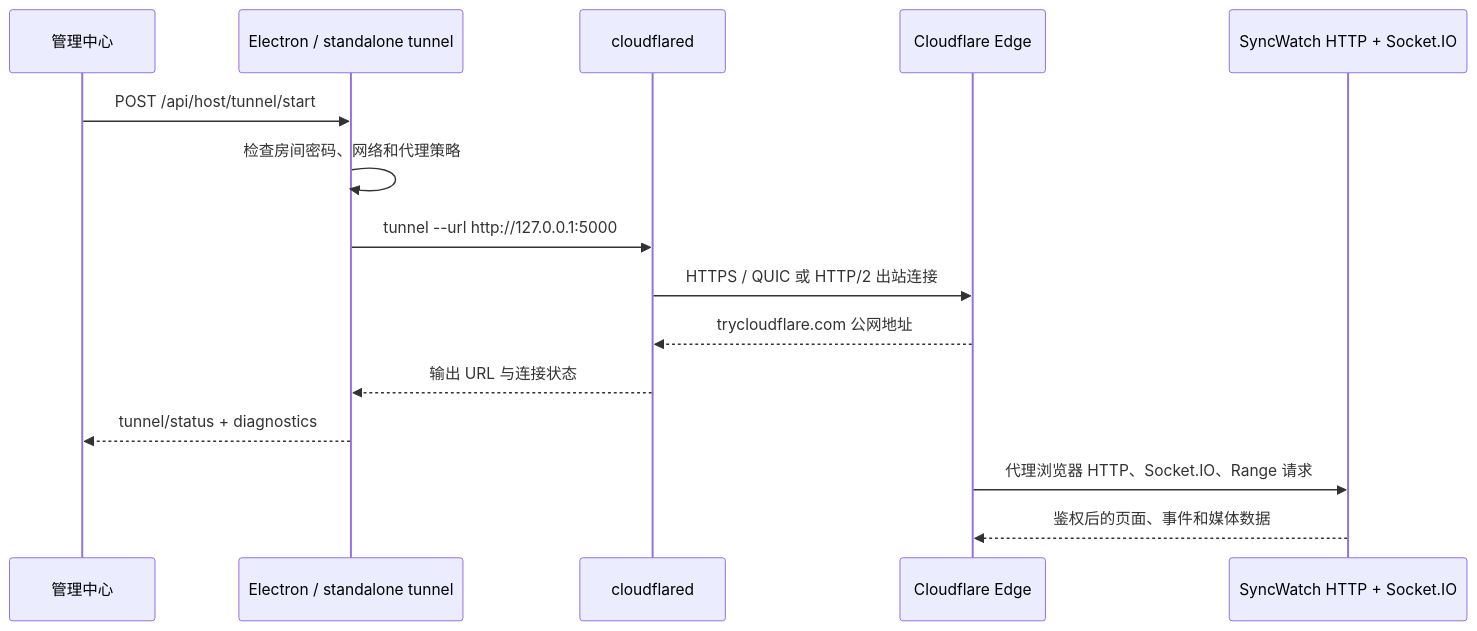
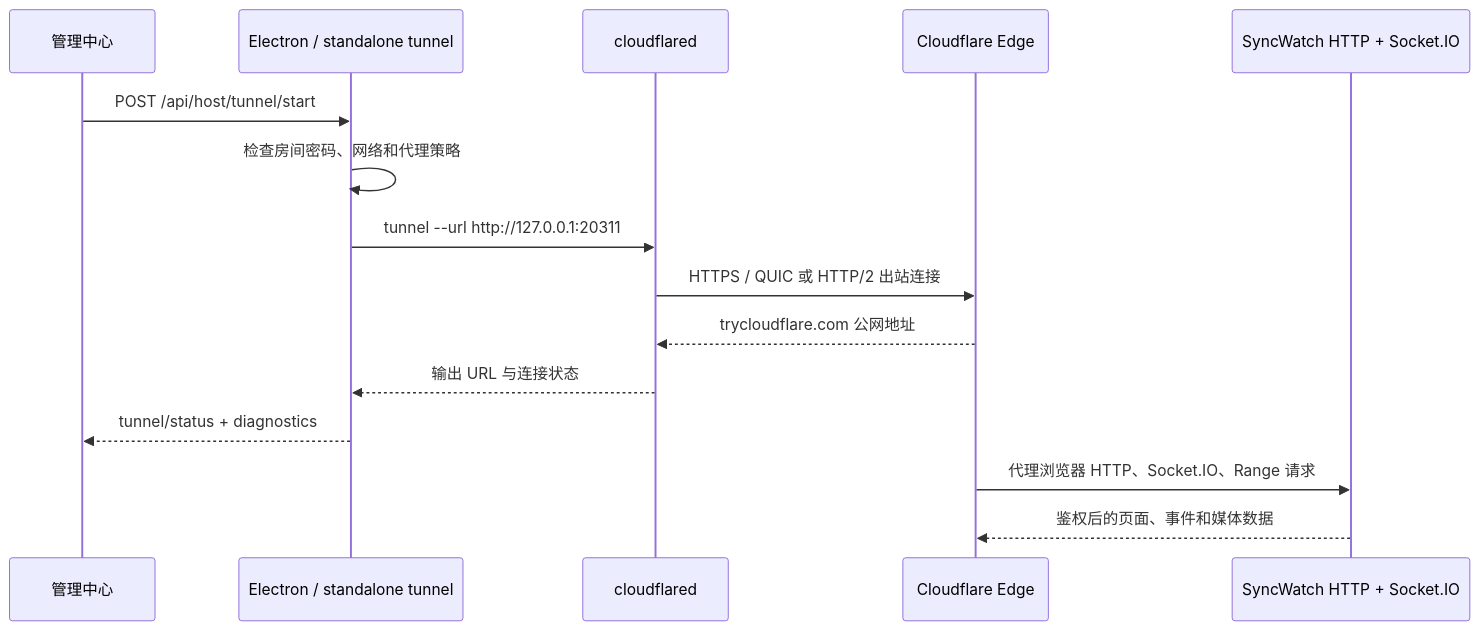
One commit to xuange6610/SyncWatch changed the fifth of 5 diagrams in docs/architecture.md. Above: the diagram before and after it, drawn with Mermaid. The commit also changed other lines of this file and 50 other files, not shown here.

````diff
--- a/docs/architecture.md
+++ b/docs/architecture.md
@@ -104,18 +104,18 @@
 ```mermaid
 sequenceDiagram
     participant A as 管理中心
     participant E as Electron / standalone tunnel
     participant C as cloudflared
     participant CF as Cloudflare Edge
     participant M as SyncWatch HTTP + Socket.IO
 
     A->>E: POST /api/host/tunnel/start
     E->>E: 检查房间密码、网络和代理策略
-    E->>C: tunnel --url http://127.0.0.1:5000
+    E->>C: tunnel --url http://127.0.0.1:20311
     C->>CF: HTTPS / QUIC 或 HTTP/2 出站连接
     CF-->>C: trycloudflare.com 公网地址
     C-->>E: 输出 URL 与连接状态
     E-->>A: tunnel/status + diagnostics
     CF->>M: 代理浏览器 HTTP、Socket.IO、Range 请求
     M-->>CF: 鉴权后的页面、事件和媒体数据
 ```
````
